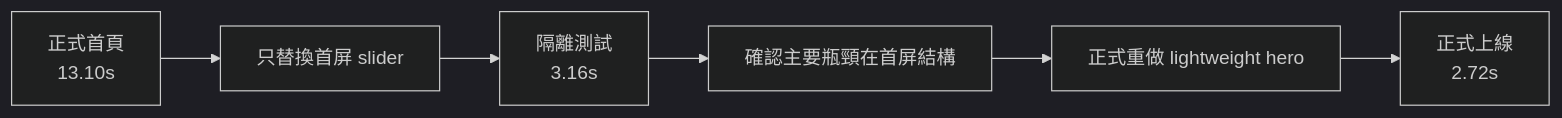
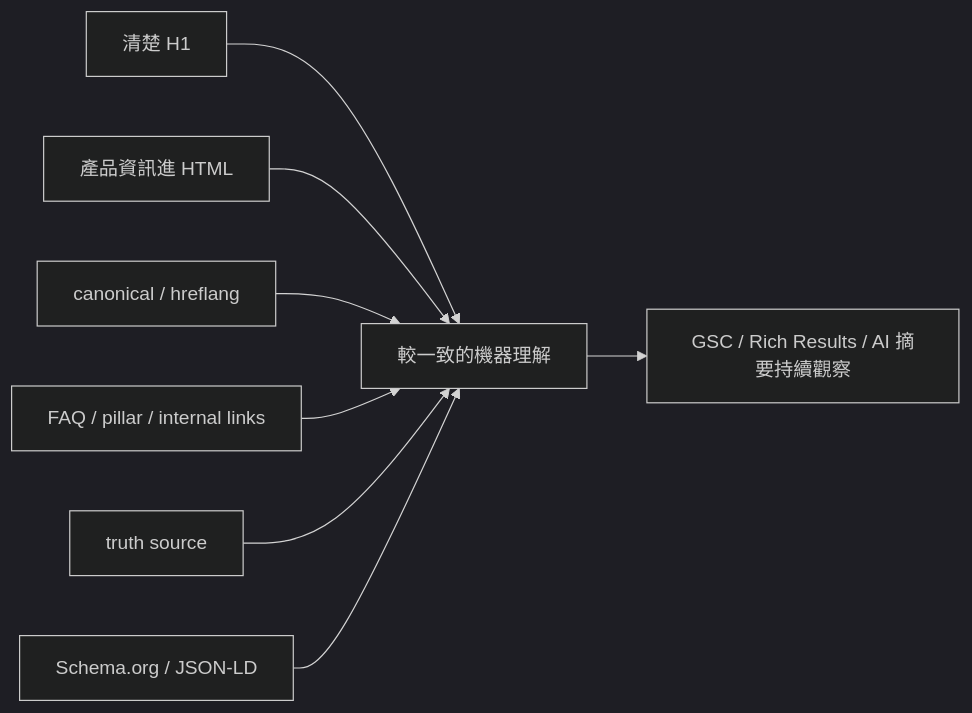
The second of 2 diagrams in README.md (minxinchen/claude-cross-platform-workspace), drawn with Mermaid (dark theme) before and after one commit. The commit also changed other lines of this file, not shown here.

````diff
--- a/README.md
+++ b/README.md
@@ -65,8 +79,10 @@
 ```mermaid
 flowchart LR
-    A[正式首頁\n13.10s] --> B[只替換首屏 slider]
-    B --> C[隔離測試\n3.16s]
-    C --> D[確認主要瓶頸在首屏結構]
-    D --> E[正式重做 lightweight hero]
-    E --> F[正式上線\n2.72s]
+    A[清楚 H1] --> G[較一致的機器理解]
+    B[產品資訊進 HTML] --> G
+    C[canonical / hreflang] --> G
+    D[FAQ / pillar / internal links] --> G
+    E[truth source] --> G
+    F[Schema.org / JSON-LD] --> G
+    G --> H[GSC / Rich Results / AI 摘要持續觀察]
 ```
````
